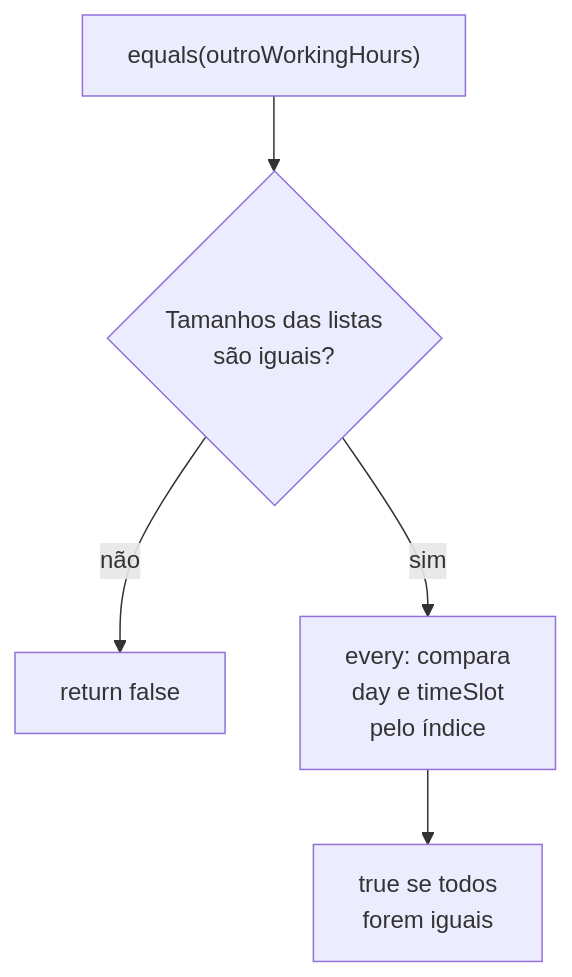
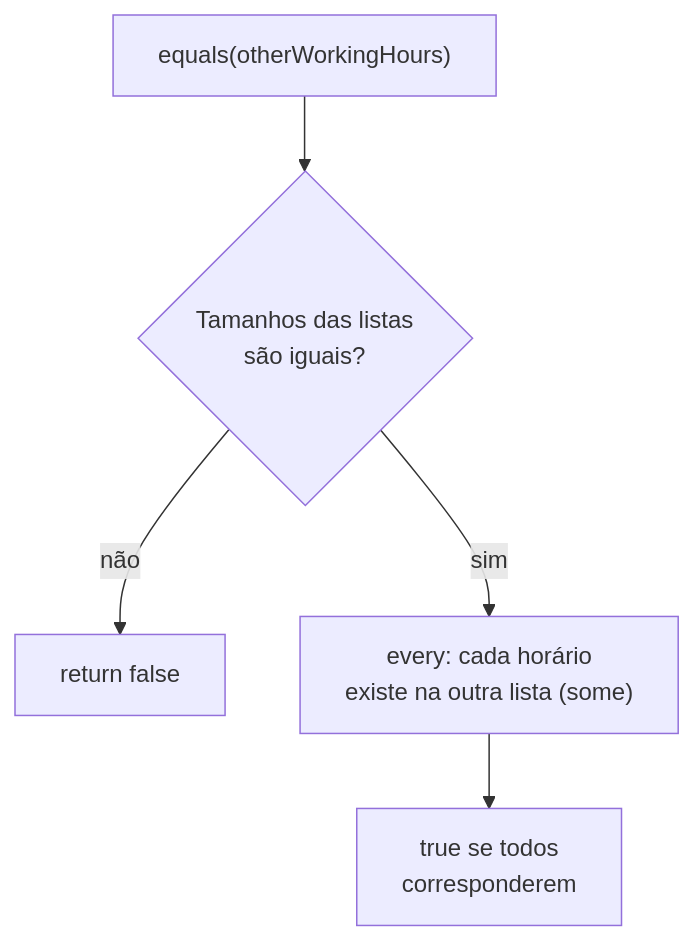
Before and after one commit to burn-c/arquitetura-de-software-fase-2: the first of 2 diagrams in docs/Estratégia e Inovação/Arquitetura de Software/4 - Entidades e Objetos de Valor/7 - Implementando Objetos de Valor - Parte 2.md, drawn with Mermaid. The commit also changed other lines of this file and 2 other files, not shown here.

Commit message:
docs(architecture): align value object notes with implementation

````diff
--- a/docs/Estratégia e Inovação/Arquitetura de Software/4 - Entidades e Objetos de Valor/7 - Implementando Objetos de Valor - Parte 2.md
+++ b/docs/Estratégia e Inovação/Arquitetura de Software/4 - Entidades e Objetos de Valor/7 - Implementando Objetos de Valor - Parte 2.md
@@ -56,7 +58,7 @@
 ```mermaid
 flowchart TD
-    A["equals(outroWorkingHours)"] --> B{"Tamanhos das listas<br/>são iguais?"}
+    A["equals(otherWorkingHours)"] --> B{"Tamanhos das listas<br/>são iguais?"}
     B -->|não| C["return false"]
-    B -->|sim| D["every: compara<br/>day e timeSlot<br/>pelo índice"]
-    D --> E["true se todos<br/>forem iguais"]
+    B -->|sim| D["every: cada horário<br/>existe na outra lista (some)"]
+    D --> E["true se todos<br/>corresponderem"]
 ```
````
